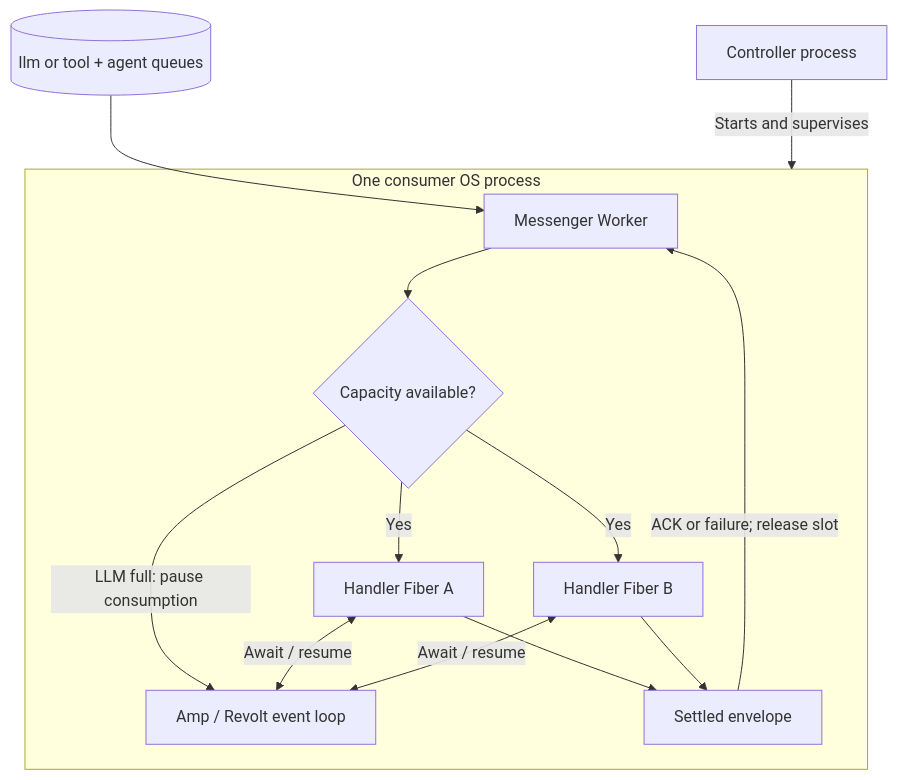
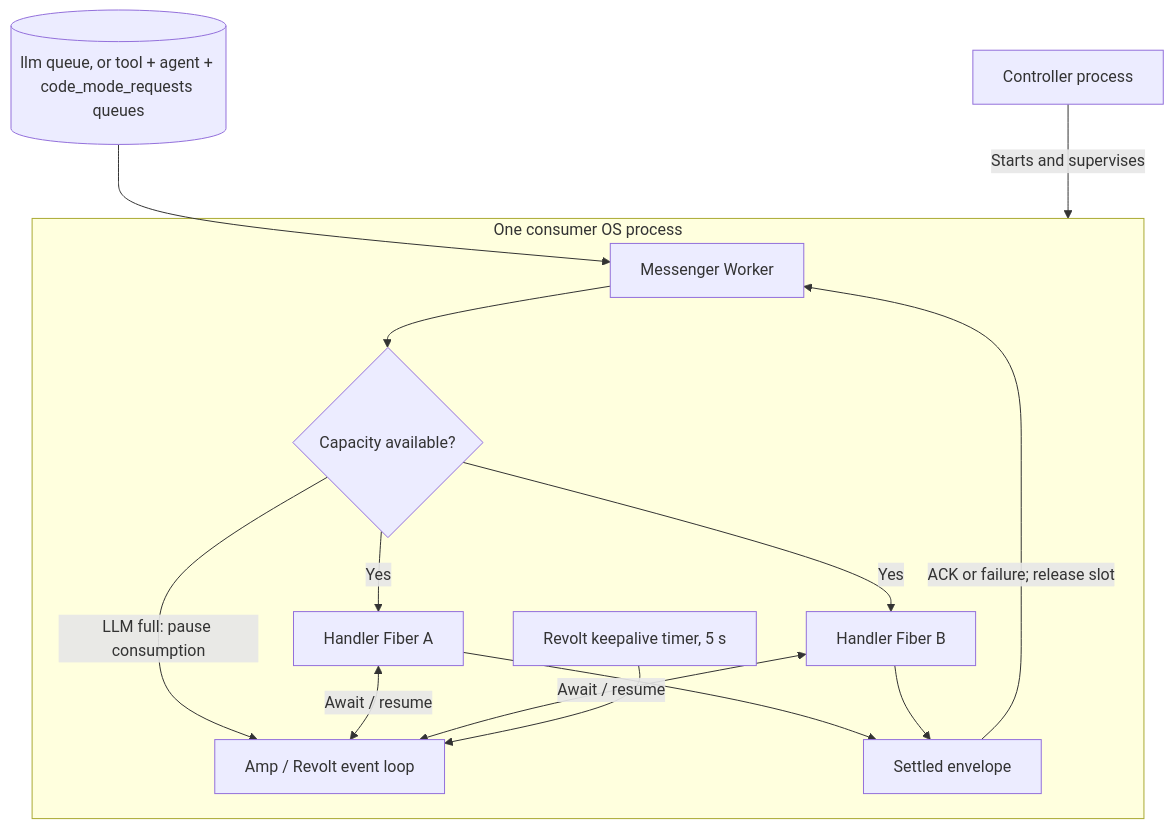
The third of 5 diagrams in architecture/processes-and-queues.md (ineersa/agent-core), drawn with Mermaid before and after one commit. The commit also changed other lines of this file and 86 other files, not shown here.

First line of the commit message:
Fix documentation drift and expand architecture diagrams

````diff
--- a/architecture/processes-and-queues.md
+++ b/architecture/processes-and-queues.md
@@ -44,16 +102,17 @@
 ```mermaid
 flowchart TB
     Controller["Controller process"] -->|Starts and supervises| Consumer
-    Queue[(llm or tool + agent queues)] --> Worker
+    Queue[("llm queue, or tool + agent + code_mode_requests queues")] --> Worker
     subgraph Consumer["One consumer OS process"]
         Worker["Messenger Worker"] --> Admission{"Capacity available?"}
         Admission -->|Yes| A["Handler Fiber A"]
         Admission -->|Yes| B["Handler Fiber B"]
-        Admission -->|LLM full: pause consumption| Loop["Amp / Revolt event loop"]
+        Admission -->|"LLM full: pause consumption"| Loop["Amp / Revolt event loop"]
         A <-->|Await / resume| Loop
         B <-->|Await / resume| Loop
+        Keepalive["Revolt keepalive timer, 5 s"] --> Loop
         A --> Done["Settled envelope"]
         B --> Done
-        Done -->|ACK or failure; release slot| Worker
+        Done -->|"ACK or failure; release slot"| Worker
     end
 ```
````
